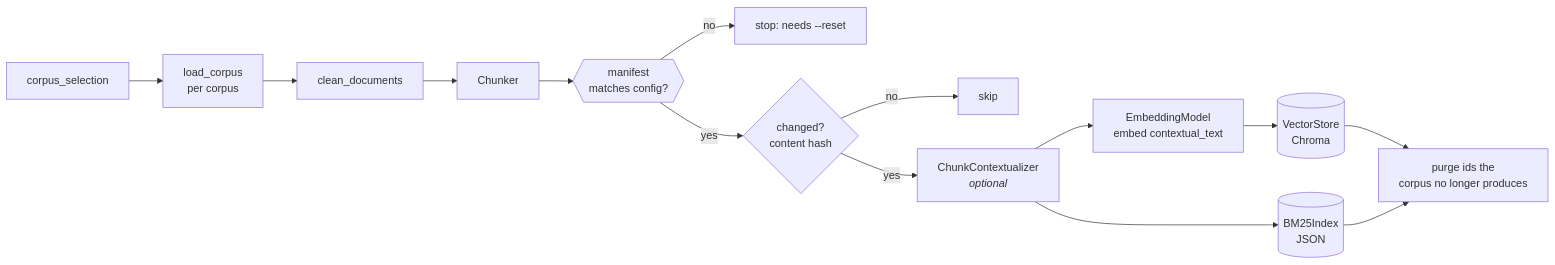
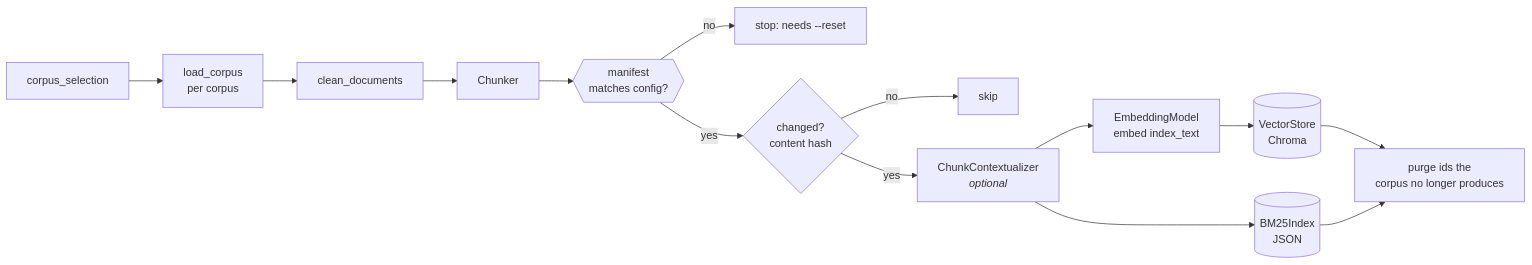
Before and after one commit to bwu1234/rag-toolkit: the first of 2 diagrams in docs/architecture.md, drawn with Mermaid. The commit also changed other lines of this file and 52 other files, not shown here.

````diff
--- a/docs/architecture.md
+++ b/docs/architecture.md
@@ -27,15 +27,15 @@
 ```mermaid
 flowchart LR
     A[corpus_selection] --> B[load_corpus<br/>per corpus]
     B --> C[clean_documents]
     C --> D[Chunker]
     D --> M{{manifest<br/>matches config?}}
     M -- no --> X[stop: needs --reset]
     M -- yes --> E{changed?<br/>content hash}
     E -- no --> S[skip]
     E -- yes --> F[ChunkContextualizer<br/><i>optional</i>]
-    F --> G[EmbeddingModel<br/>embed contextual_text]
+    F --> G[EmbeddingModel<br/>embed index_text]
     G --> H[(VectorStore<br/>Chroma)]
     F --> I[(BM25Index<br/>JSON)]
     H & I --> P[purge ids the<br/>corpus no longer produces]
 ```
````
